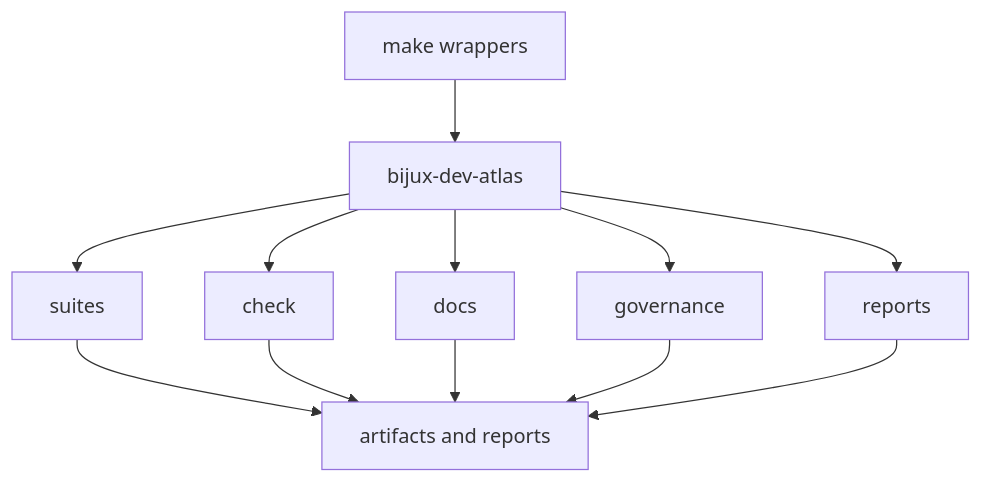
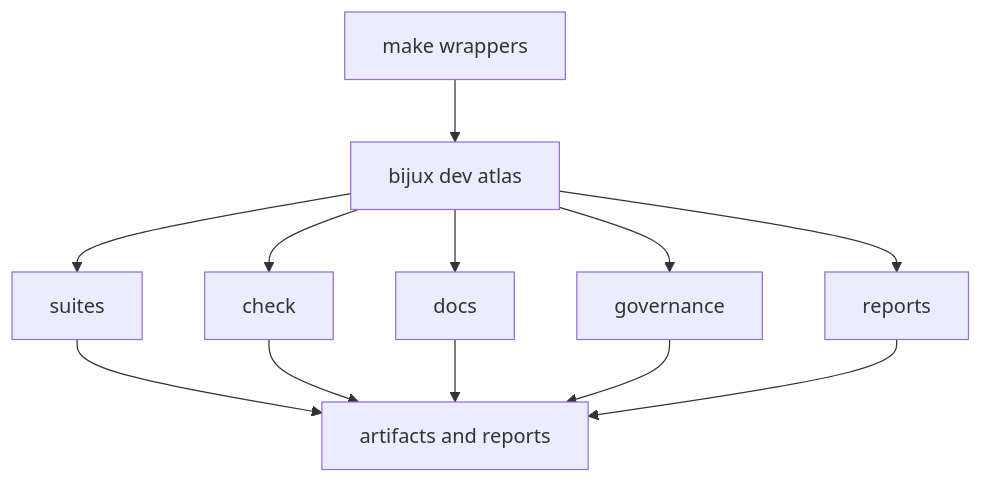
One commit to bijux/bijux-atlas changed the second of 2 diagrams in docs/06-development/automation-control-plane.md. Above: the diagram before and after it, drawn with Mermaid. The commit also changed other lines of this file and 5 other files, not shown here.

````diff
--- a/docs/06-development/automation-control-plane.md
+++ b/docs/06-development/automation-control-plane.md
@@ -30,14 +30,14 @@
 ```mermaid
 flowchart TD
-    Make[make wrappers] --> DevAtlas[bijux-dev-atlas]
+    Make[make wrappers] --> DevAtlas[bijux dev atlas]
     DevAtlas --> Suites[suites]
     DevAtlas --> Checks[check]
     DevAtlas --> Docs[docs]
     DevAtlas --> Governance[governance]
     DevAtlas --> Reports[reports]
     Suites --> Artifacts[artifacts and reports]
     Checks --> Artifacts
     Docs --> Artifacts
     Governance --> Artifacts
     Reports --> Artifacts
 ```
````
